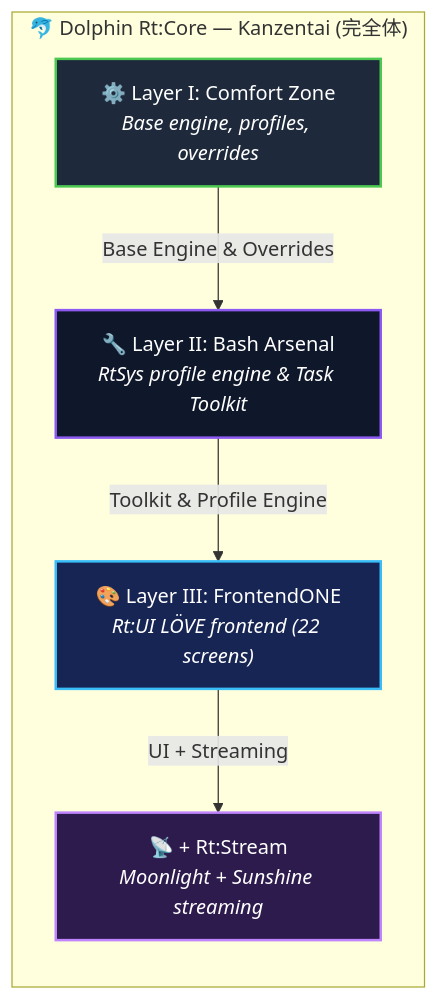
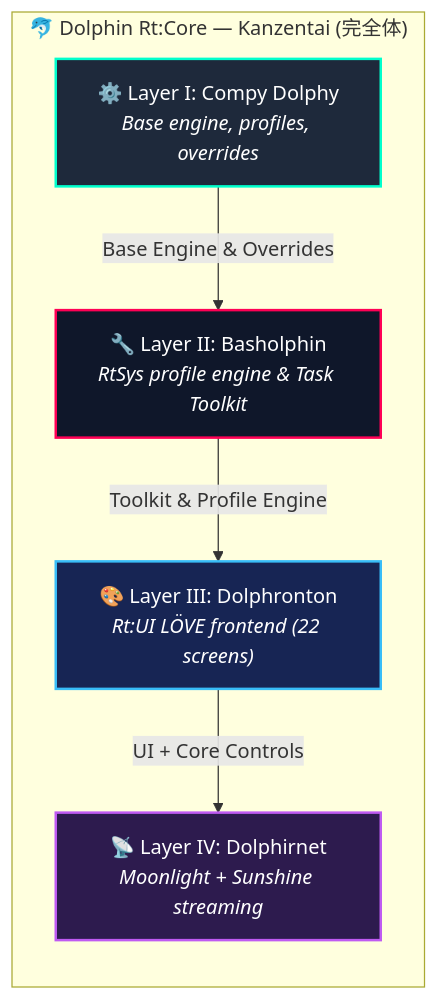
One commit to SilverCrow2323/dolphin-rt-core changed the diagram in README.md. Above: the diagram before and after it, drawn with Mermaid. The commit also changed other lines of this file, not shown here.

````diff
--- a/README.md
+++ b/README.md
@@ -124,19 +130,19 @@
 ```mermaid
 graph TD
     subgraph Entity ["🐬 Dolphin Rt:Core — Kanzentai (完全体)"]
         direction TB
-        L1["⚙️ Layer I: Comfort Zone<br><i>Base engine, profiles, overrides</i>"]
-        L2["🔧 Layer II: Bash Arsenal<br><i>RtSys profile engine & Task Toolkit</i>"]
-        L3["🎨 Layer III: FrontendONE<br><i>Rt:UI LÖVE frontend (22 screens)</i>"]
-        L4["📡 + Rt:Stream<br><i>Moonlight + Sunshine streaming</i>"]
+        L1["⚙️ Layer I: Compy Dolphy<br><i>Base engine, profiles, overrides</i>"]
+        L2["🔧 Layer II: Basholphin<br><i>RtSys profile engine & Task Toolkit</i>"]
+        L3["🎨 Layer III: Dolphronton<br><i>Rt:UI LÖVE frontend (22 screens)</i>"]
+        L4["📡 Layer IV: Dolphirnet<br><i>Moonlight + Sunshine streaming</i>"]
     end
 
     L1 -->|Base Engine & Overrides| L2
     L2 -->|Toolkit & Profile Engine| L3
-    L3 -->|UI + Streaming| L4
+    L3 -->|UI + Core Controls| L4
 
-    style L1 fill:#1e293b,stroke:#4cc850,stroke-width:2px,color:#fff
-    style L2 fill:#0f172a,stroke:#8c59f2,stroke-width:2px,color:#fff
+    style L1 fill:#1e293b,stroke:#00ffcc,stroke-width:2px,color:#fff
+    style L2 fill:#0f172a,stroke:#ff0055,stroke-width:2px,color:#fff
     style L3 fill:#172554,stroke:#38bdf8,stroke-width:2px,color:#fff
-    style L4 fill:#2d1b4e,stroke:#c084fc,stroke-width:2px,color:#fff
+    style L4 fill:#2d1b4e,stroke:#bf5af2,stroke-width:2px,color:#fff
 ```
````
